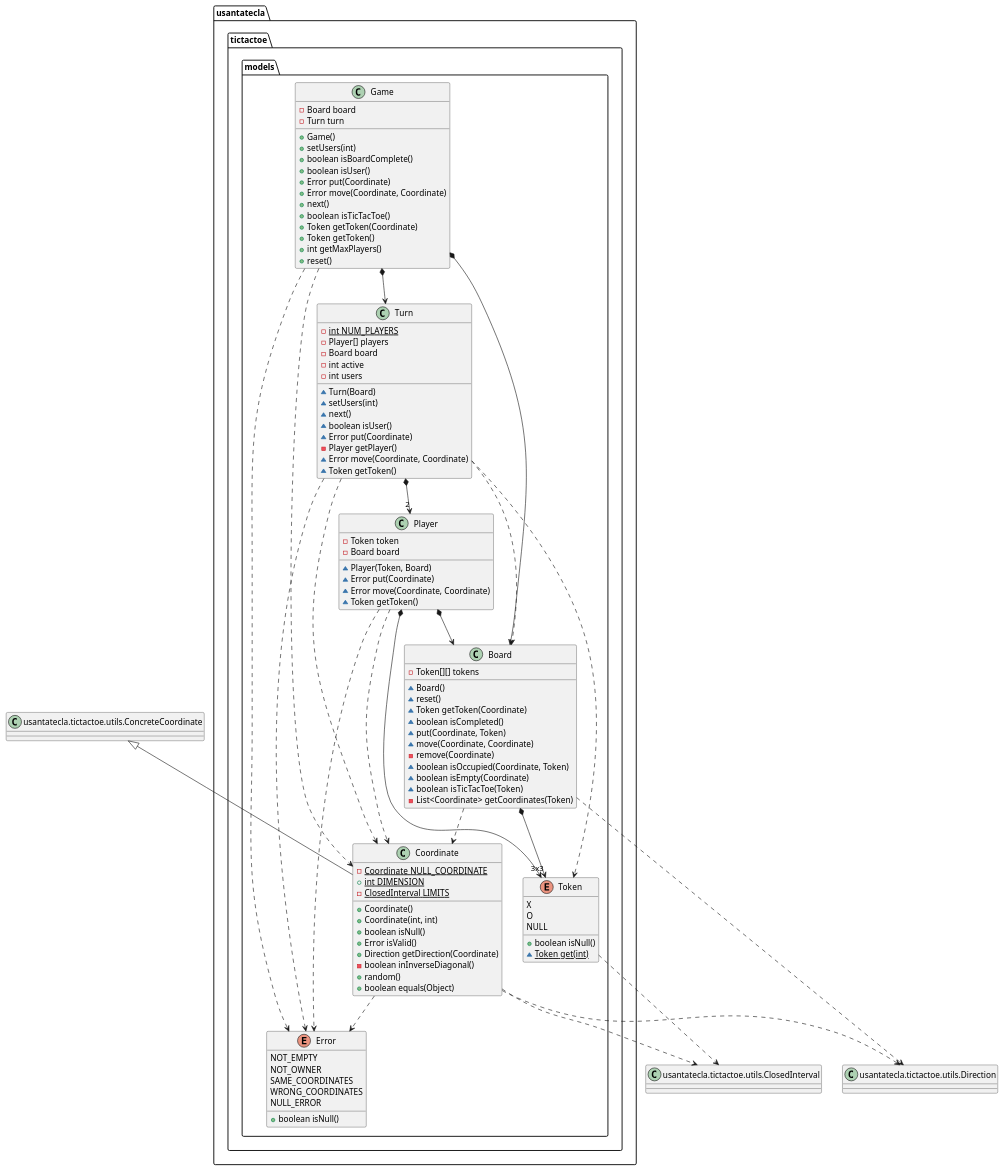
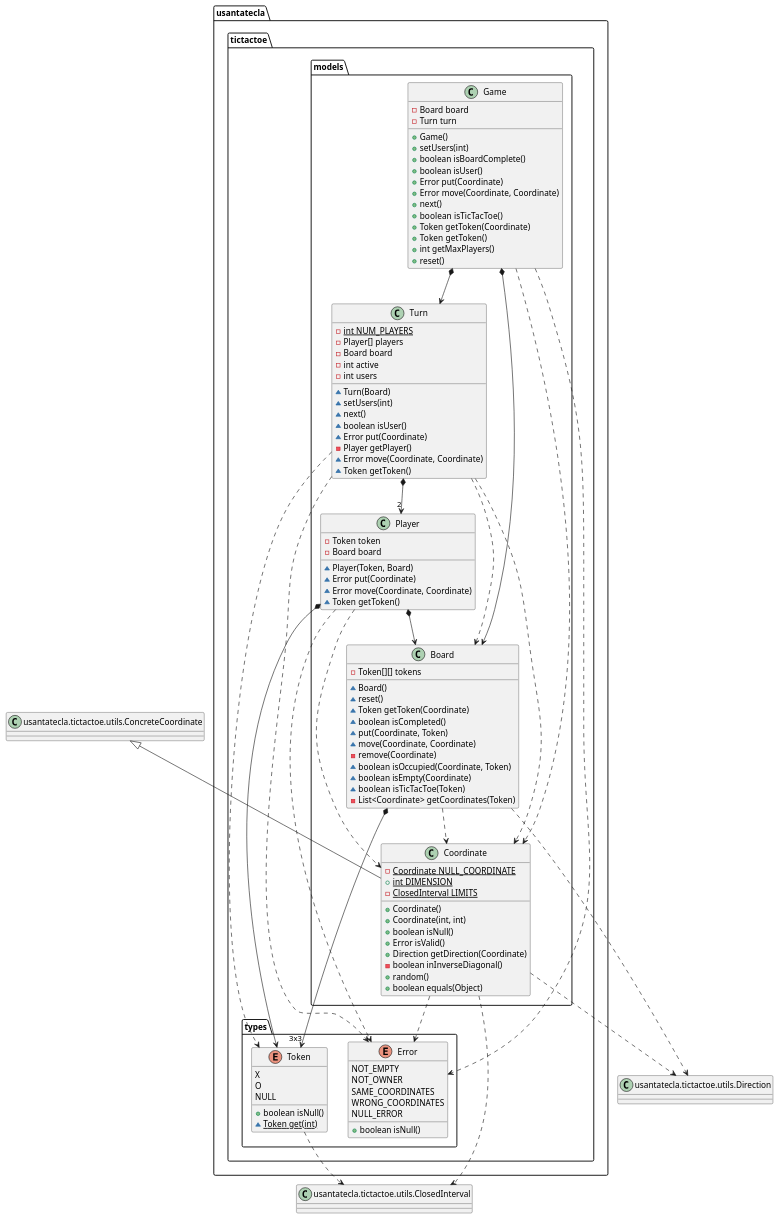
Before and after one commit to Jolucaa/USantaTecla-project-ticTacToe: the fifth of 6 diagrams in documentView/withoutFactoryMethod/docs/diagrams/src/paquetes.plantuml, drawn with PlantUML. The commit also changed other lines of this file and 41 other files, not shown here.

Commit message:
[mvp.pm.withFacade] Types package added. Started with documentation - Models, types, controllers and utils left

```diff
--- a/documentView/withoutFactoryMethod/docs/diagrams/src/paquetes.plantuml
+++ b/documentView/withoutFactoryMethod/docs/diagrams/src/paquetes.plantuml
@@ -370,117 +370,117 @@
 @startuml tictactoe.models
 class  usantatecla.tictactoe.models.Board{
 - Token[][] tokens
 ~ Board()
 ~ reset()
 ~ Token getToken(Coordinate)
 ~ boolean isCompleted()
 ~ put(Coordinate, Token)
 ~ move(Coordinate, Coordinate)
 - remove(Coordinate)
 ~ boolean isOccupied(Coordinate, Token)
 ~ boolean isEmpty(Coordinate)
 ~ boolean isTicTacToe(Token)
 - List<Coordinate> getCoordinates(Token)
 }
 
 class ClosedInterval as "usantatecla.tictactoe.utils.ClosedInterval"
 class ConcreteCoordinate as "usantatecla.tictactoe.utils.ConcreteCoordinate"
 class Direction as "usantatecla.tictactoe.utils.Direction"
 
 usantatecla.tictactoe.models.Board ..> usantatecla.tictactoe.models.Coordinate
-usantatecla.tictactoe.models.Board *-down-> "3x3" usantatecla.tictactoe.models.Token
+usantatecla.tictactoe.models.Board *-down-> "3x3" usantatecla.tictactoe.types.Token
 usantatecla.tictactoe.models.Board ..> Direction
 
 class  usantatecla.tictactoe.models.Coordinate{
 - {static} Coordinate NULL_COORDINATE
 + {static} int DIMENSION
 - {static} ClosedInterval LIMITS
 + Coordinate()
 + Coordinate(int, int)
 + boolean isNull()
 + Error isValid()
 + Direction getDirection(Coordinate)
 - boolean inInverseDiagonal()
 + random()
 + boolean equals(Object)
 }
 ConcreteCoordinate <|-down- usantatecla.tictactoe.models.Coordinate
-usantatecla.tictactoe.models.Coordinate ..> usantatecla.tictactoe.models.Error
+usantatecla.tictactoe.models.Coordinate ..> usantatecla.tictactoe.types.Error
 usantatecla.tictactoe.models.Coordinate ..> Direction
 usantatecla.tictactoe.models.Coordinate ..> ClosedInterval
 
-enum  usantatecla.tictactoe.models.Error{
+enum  usantatecla.tictactoe.types.Error{
 NOT_EMPTY
 NOT_OWNER
 SAME_COORDINATES
 WRONG_COORDINATES
 NULL_ERROR
 + boolean isNull()
 }
 
 class  usantatecla.tictactoe.models.Game{
 - Board board
 - Turn turn
 + Game()
 + setUsers(int)
 + boolean isBoardComplete()
 + boolean isUser()
 + Error put(Coordinate)
 + Error move(Coordinate, Coordinate)
 + next()
 + boolean isTicTacToe()
 + Token getToken(Coordinate)
 + Token getToken()
 + int getMaxPlayers()
 + reset()
 }
 usantatecla.tictactoe.models.Game *-down-> usantatecla.tictactoe.models.Board
 usantatecla.tictactoe.models.Game *-down-> usantatecla.tictactoe.models.Turn
 usantatecla.tictactoe.models.Game ..> usantatecla.tictactoe.models.Coordinate
-usantatecla.tictactoe.models.Game ..> usantatecla.tictactoe.models.Error
+usantatecla.tictactoe.models.Game ..> usantatecla.tictactoe.types.Error
 
 class  usantatecla.tictactoe.models.Player{
 - Token token
 - Board board
 ~ Player(Token, Board)
 ~ Error put(Coordinate)
 ~ Error move(Coordinate, Coordinate)
 ~ Token getToken()
 }
-usantatecla.tictactoe.models.Player *-down-> usantatecla.tictactoe.models.Token
+usantatecla.tictactoe.models.Player *-down-> usantatecla.tictactoe.types.Token
 usantatecla.tictactoe.models.Player *-down-> usantatecla.tictactoe.models.Board
 usantatecla.tictactoe.models.Player ..> usantatecla.tictactoe.models.Coordinate
-usantatecla.tictactoe.models.Player ..> usantatecla.tictactoe.models.Error
+usantatecla.tictactoe.models.Player ..> usantatecla.tictactoe.types.Error
 
-enum  usantatecla.tictactoe.models.Token{
+enum  usantatecla.tictactoe.types.Token{
 X
 O
 NULL
 + boolean isNull()
 ~ {static} Token get(int)
 }
 
-usantatecla.tictactoe.models.Token ..> ClosedInterval
+usantatecla.tictactoe.types.Token ..> ClosedInterval
 
 class  usantatecla.tictactoe.models.Turn{
 - {static} int NUM_PLAYERS
 - Player[] players
 - Board board
 - int active
 - int users
 ~ Turn(Board)
 ~ setUsers(int)
 ~ next()
 ~ boolean isUser()
 ~ Error put(Coordinate)
 - Player getPlayer()
 ~ Error move(Coordinate, Coordinate)
 ~ Token getToken()
 }
 
 usantatecla.tictactoe.models.Turn *-down-> "2" usantatecla.tictactoe.models.Player
 usantatecla.tictactoe.models.Turn ..down-> usantatecla.tictactoe.models.Board
-usantatecla.tictactoe.models.Turn ..down-> usantatecla.tictactoe.models.Token
+usantatecla.tictactoe.models.Turn ..down-> usantatecla.tictactoe.types.Token
 usantatecla.tictactoe.models.Turn ..down-> usantatecla.tictactoe.models.Coordinate
-usantatecla.tictactoe.models.Turn ..down-> usantatecla.tictactoe.models.Error
+usantatecla.tictactoe.models.Turn ..down-> usantatecla.tictactoe.types.Error
 @enduml
```
